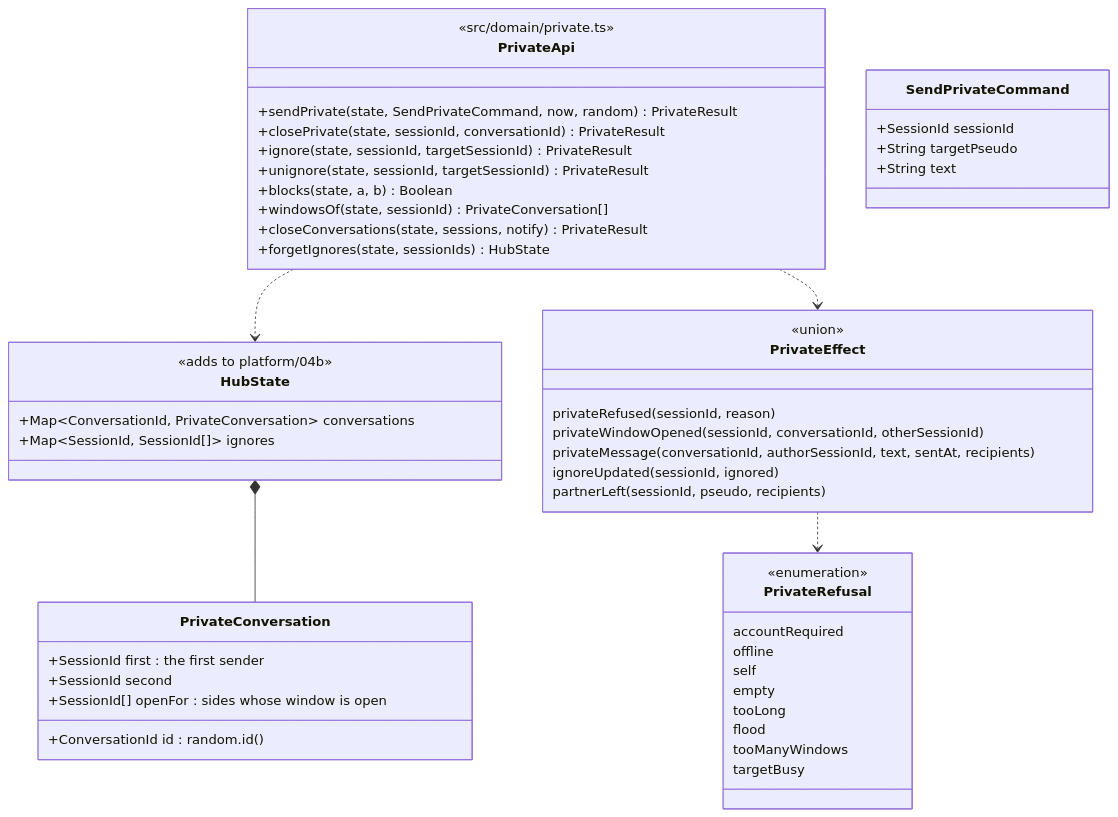
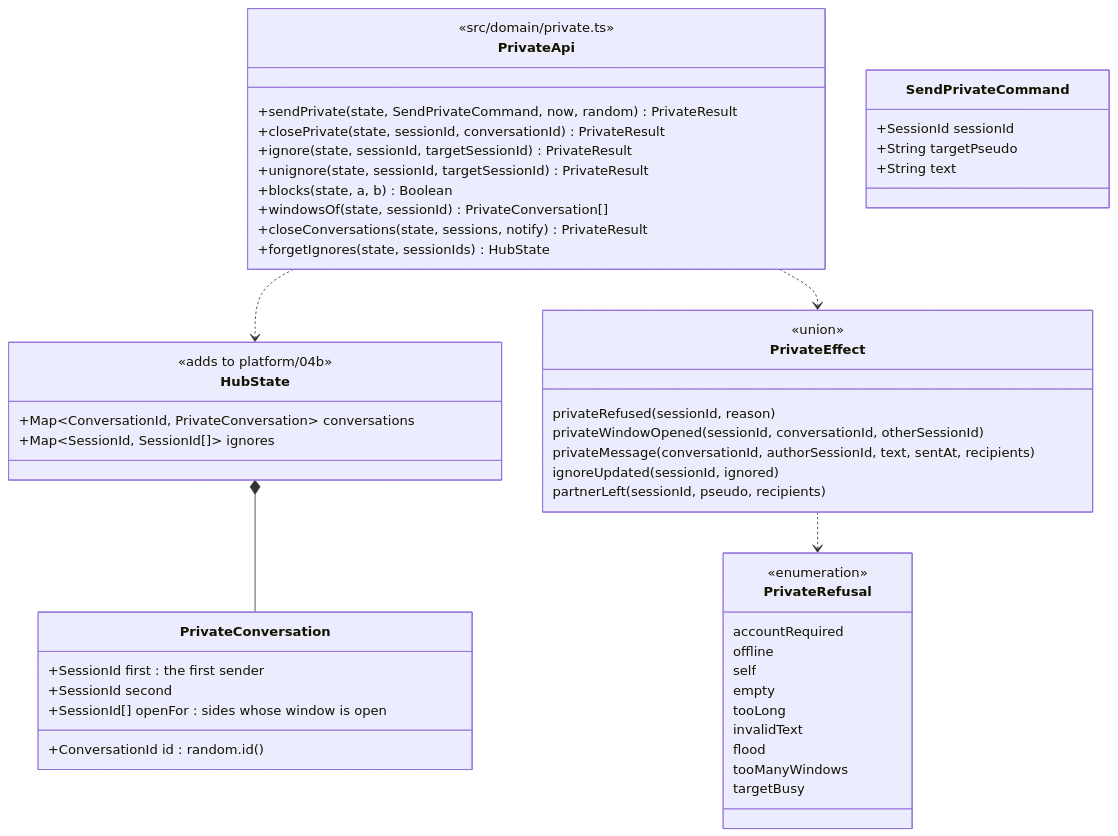
The diagram in docs/architecture/diagrams/private-conversations/07-class-domain-api.md (benoit-bremaud/asv), drawn with Mermaid before and after one commit. The commit also changed other lines of this file and 39 other files, not shown here.

````diff
--- a/docs/architecture/diagrams/private-conversations/07-class-domain-api.md
+++ b/docs/architecture/diagrams/private-conversations/07-class-domain-api.md
@@ -16,53 +16,54 @@
 ```mermaid
 classDiagram
   class HubState {
     <<adds to platform/04b>>
     +Map~ConversationId, PrivateConversation~ conversations
     +Map~SessionId, SessionId[]~ ignores
   }
   class PrivateConversation {
     +ConversationId id : random.id()
     +SessionId first : the first sender
     +SessionId second
     +SessionId[] openFor : sides whose window is open
   }
   class PrivateApi {
     <<src/domain/private.ts>>
     +sendPrivate(state, SendPrivateCommand, now, random) PrivateResult
     +closePrivate(state, sessionId, conversationId) PrivateResult
     +ignore(state, sessionId, targetSessionId) PrivateResult
     +unignore(state, sessionId, targetSessionId) PrivateResult
     +blocks(state, a, b) Boolean
     +windowsOf(state, sessionId) PrivateConversation[]
     +closeConversations(state, sessions, notify) PrivateResult
     +forgetIgnores(state, sessionIds) HubState
   }
   class SendPrivateCommand {
     +SessionId sessionId
     +String targetPseudo
     +String text
   }
   class PrivateEffect {
     <<union>>
     privateRefused(sessionId, reason)
     privateWindowOpened(sessionId, conversationId, otherSessionId)
     privateMessage(conversationId, authorSessionId, text, sentAt, recipients)
     ignoreUpdated(sessionId, ignored)
     partnerLeft(sessionId, pseudo, recipients)
   }
   class PrivateRefusal {
     <<enumeration>>
     accountRequired
     offline
     self
     empty
     tooLong
+    invalidText
     flood
     tooManyWindows
     targetBusy
   }
   PrivateApi ..> HubState
   PrivateApi ..> PrivateEffect
   HubState *-- PrivateConversation
   PrivateEffect ..> PrivateRefusal
 ```
````
